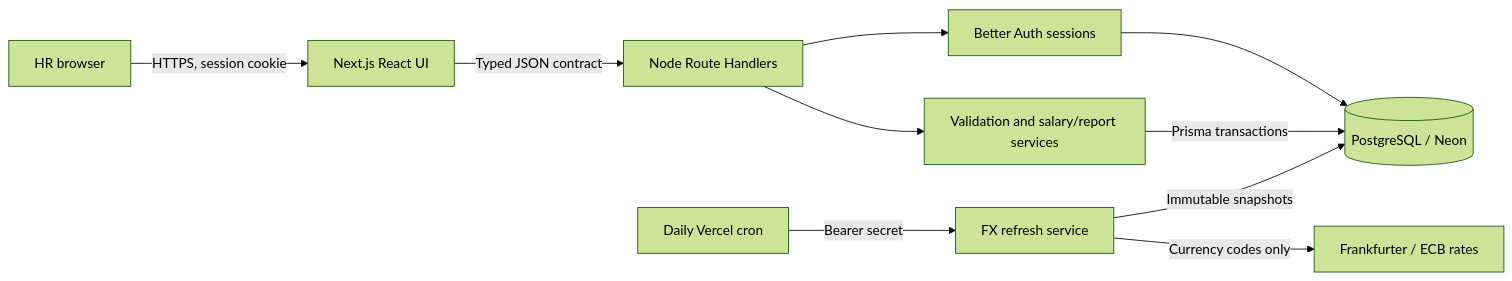
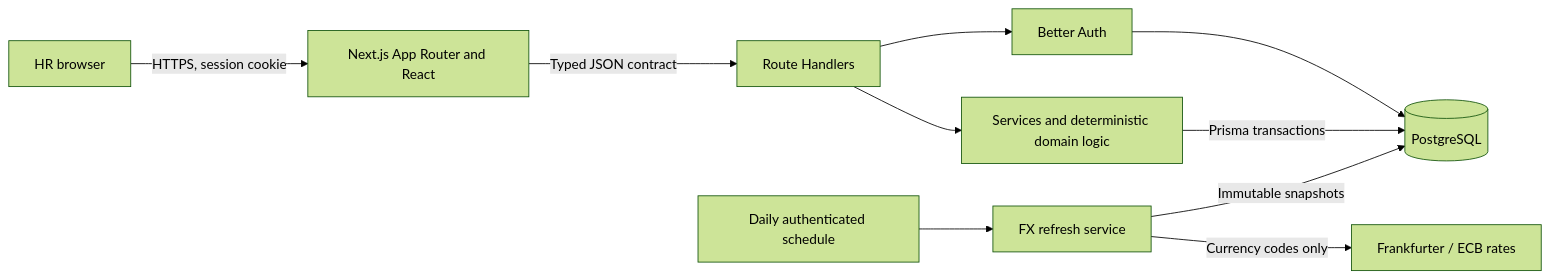
Before and after one commit to akshaydubey50/comcentral: the diagram in docs/architecture.md, drawn with Mermaid (forest theme). The commit also changed other lines of this file and 33 other files, not shown here.

````diff
--- a/docs/architecture.md
+++ b/docs/architecture.md
@@ -33,12 +11,12 @@
 ```mermaid
 flowchart LR
-  HR[HR browser] -->|HTTPS, session cookie| UI[Next.js React UI]
-  UI -->|Typed JSON contract| API[Node Route Handlers]
-  API --> AUTH[Better Auth sessions]
-  API --> DOMAIN[Validation and salary/report services]
-  AUTH --> DB[(PostgreSQL / Neon)]
+  HR[HR browser] -->|HTTPS, session cookie| UI[Next.js App Router and React]
+  UI -->|Typed JSON contract| API[Route Handlers]
+  API --> AUTH[Better Auth]
+  API --> DOMAIN[Services and deterministic domain logic]
+  AUTH --> DB[(PostgreSQL)]
   DOMAIN -->|Prisma transactions| DB
-  CRON[Daily Vercel cron] -->|Bearer secret| FX[FX refresh service]
-  FX -->|Currency codes only| ECB[Frankfurter / ECB rates]
+  CRON[Daily authenticated schedule] --> FX[FX refresh service]
+  FX -->|Currency codes only| PROVIDER[Frankfurter / ECB rates]
   FX -->|Immutable snapshots| DB
 ```
````
